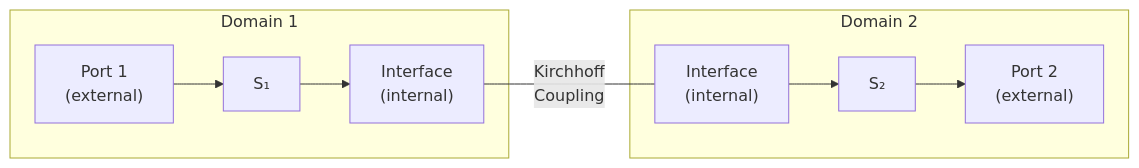
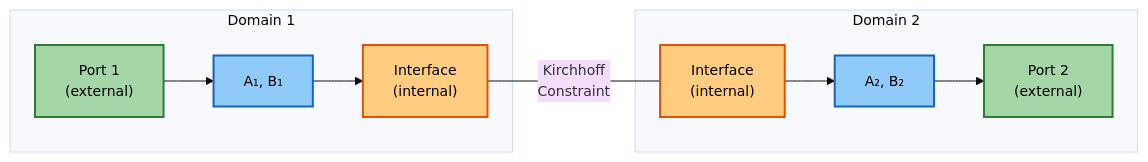
The second of 3 diagrams in docs/theory.md (Dark-Elektron/cavsim3d), drawn with Mermaid before and after one commit. The commit also changed other lines of this file and 189 other files, not shown here.

````diff
--- a/docs/theory.md
+++ b/docs/theory.md
@@ -173,14 +401,19 @@
 ```mermaid
+%%{init: {'theme': 'base', 'themeVariables': {'fontSize': '14px'}}}%%
 graph LR
     subgraph "Domain 1"
-        P1["Port 1<br/>(external)"] --> S1["S₁"]
-        S1 --> I1["Interface<br/>(internal)"]
+        P1["Port 1<br/>(external)"]:::ext --> A1["A₁, B₁"]:::solver
+        A1 --> I1["Interface<br/>(internal)"]:::internal
     end
 
     subgraph "Domain 2"
-        I2["Interface<br/>(internal)"] --> S2["S₂"]
-        S2 --> P2["Port 2<br/>(external)"]
+        I2["Interface<br/>(internal)"]:::internal --> A2["A₂, B₂"]:::solver
+        A2 --> P2["Port 2<br/>(external)"]:::ext
     end
 
-    I1 ---|"Kirchhoff<br/>Coupling"| I2
+    I1 ---|"Kirchhoff<br/>Constraint"| I2
+
+    classDef ext fill:#a5d6a7,stroke:#2e7d32,stroke-width:2px,color:#000
+    classDef solver fill:#90caf9,stroke:#1565c0,stroke-width:2px,color:#000
+    classDef internal fill:#ffcc80,stroke:#e65100,stroke-width:2px,color:#000
 ```
````
